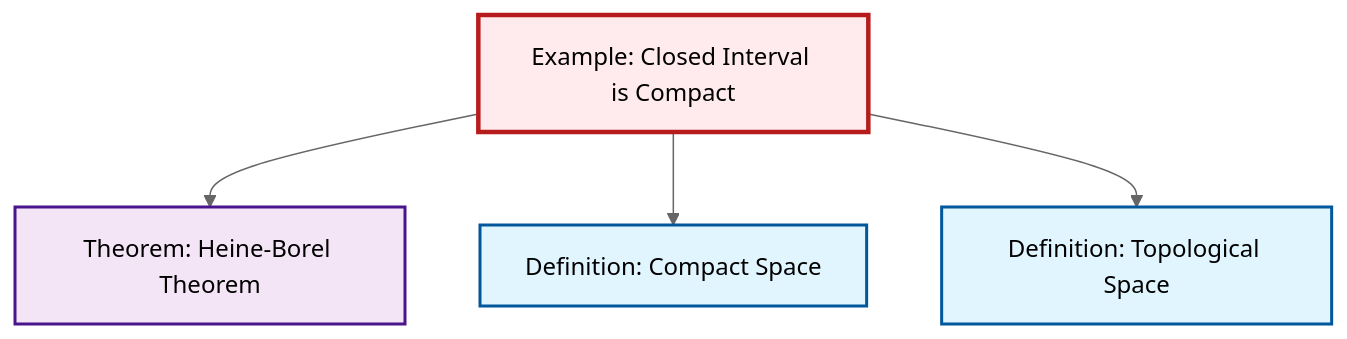
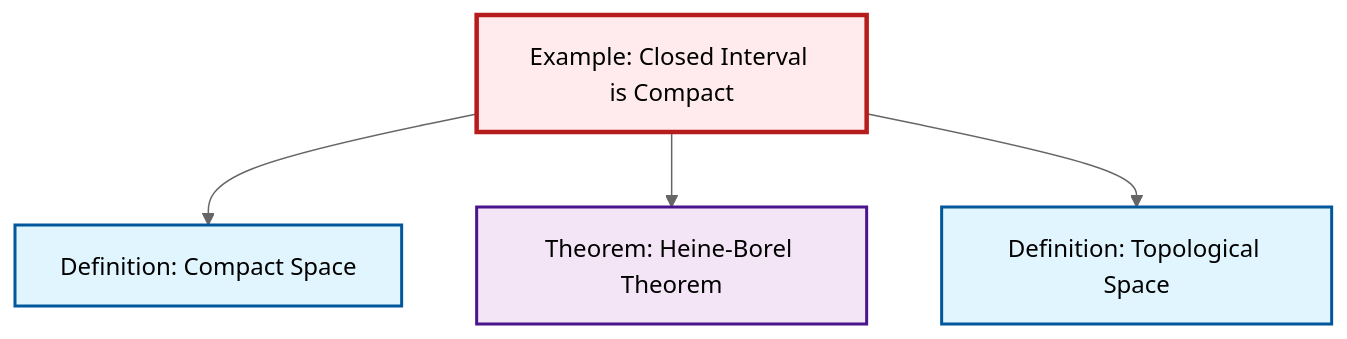
The diagram in content/en/topology/ex-closed-interval-compact.qmd (RK0429/ModernMath), drawn with Mermaid (neutral theme) before and after one commit. The commit also changed other lines of this file and 634 other files, not shown here.

````diff
--- a/content/en/topology/ex-closed-interval-compact.qmd
+++ b/content/en/topology/ex-closed-interval-compact.qmd
@@ -54,20 +54,20 @@
 ```{mermaid}
 %%| fig-cap: "Local dependency graph"
 graph TD
     classDef definition fill:#e1f5fe,stroke:#01579b,stroke-width:2px
     classDef theorem fill:#f3e5f5,stroke:#4a148c,stroke-width:2px
     classDef axiom fill:#fff3e0,stroke:#e65100,stroke-width:2px
     classDef example fill:#e8f5e9,stroke:#1b5e20,stroke-width:2px
     classDef current fill:#ffebee,stroke:#b71c1c,stroke-width:3px
-    ex-closed-interval-compact["Example: Closed Interval is Compact"]:::example
+    thm-heine-borel["Theorem: Heine-Borel Theorem"]:::theorem
     def-compact["Definition: Compact Space"]:::definition
     def-topological-space["Definition: Topological Space"]:::definition
-    thm-heine-borel["Theorem: Heine-Borel Theorem"]:::theorem
+    ex-closed-interval-compact["Example: Closed Interval is Compact"]:::example
+    ex-closed-interval-compact --> def-compact
     ex-closed-interval-compact --> thm-heine-borel
-    ex-closed-interval-compact --> def-compact
     ex-closed-interval-compact --> def-topological-space
     class ex-closed-interval-compact current
+    click thm-heine-borel "thm-heine-borel.html" "Go to Heine-Borel Theorem theorem"
     click def-compact "def-compact.html" "Go to Compact Space definition"
     click def-topological-space "def-topological-space.html" "Go to Topological Space definition"
-    click thm-heine-borel "thm-heine-borel.html" "Go to Heine-Borel Theorem theorem"
 ```
````
